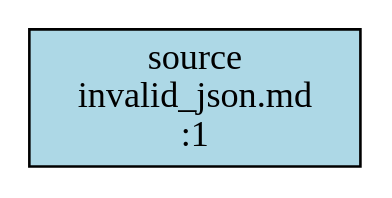
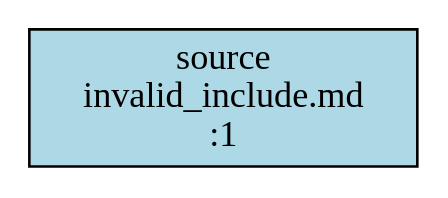
Before and after one commit to kimjarvis/syncspec: the diagram in syncspec.dot, drawn with Graphviz. The commit also changed 10 other files, not shown here.

```diff
--- a/syncspec.dot
+++ b/syncspec.dot
@@ -1,3 +1,3 @@
 strict digraph {
-"source_invalid_json.md_1" [key="lines.txt", directive_type=source, label="source\ninvalid_json.md\n:1", shape=rectangle, style=filled, fillcolor=lightblue];
+"source_invalid_include.md_1" [key="include1.txt", directive_type=source, label="source\ninvalid_include.md\n:1", shape=rectangle, style=filled, fillcolor=lightblue];
 }
```
